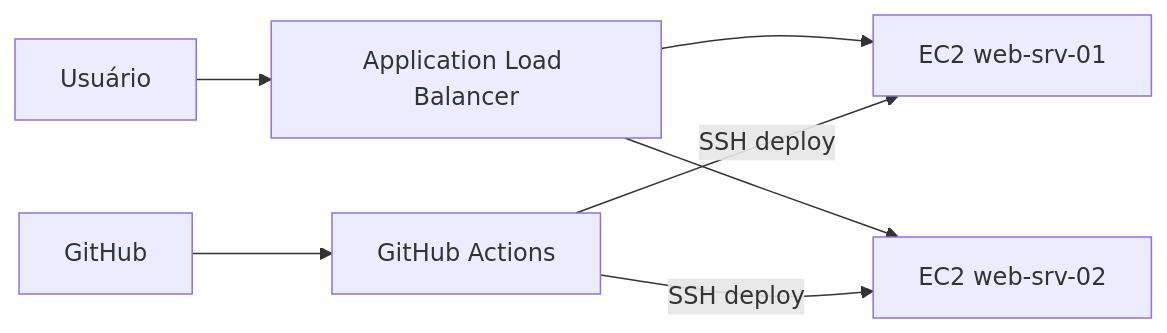
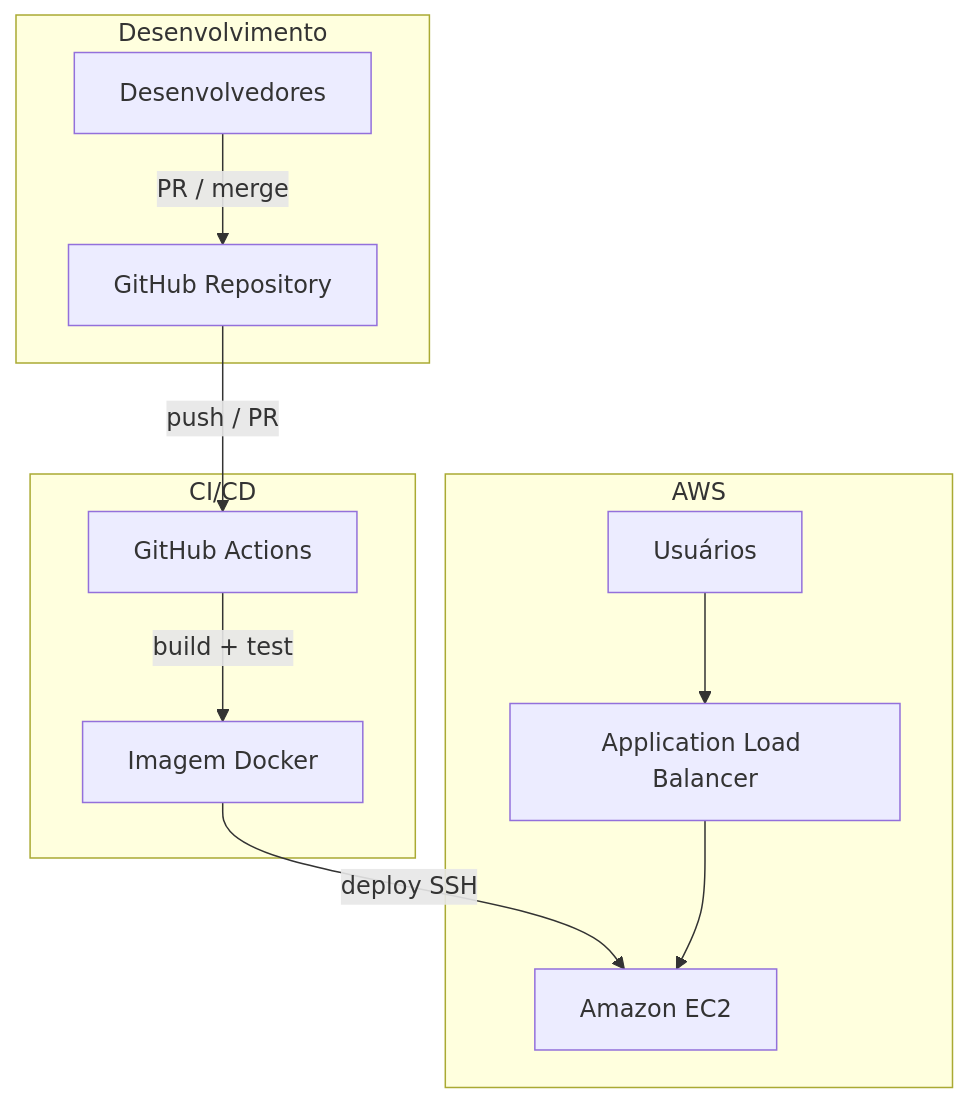
One commit to PedroVazN/Pipeline-E-commerce changed the diagram in README.md. Above: the diagram before and after it, drawn with Mermaid. The commit also changed other lines of this file and 1 other file, not shown here.

````diff
--- a/README.md
+++ b/README.md
@@ -29,9 +37,22 @@
 ```mermaid
-flowchart LR
-  User[Usuário] --> ALB[Application Load Balancer]
-  ALB --> EC2A[EC2 web-srv-01]
-  ALB --> EC2B[EC2 web-srv-02]
-  GH[GitHub] --> GA[GitHub Actions]
-  GA -->|SSH deploy| EC2A
-  GA -->|SSH deploy| EC2B
+flowchart TB
+  subgraph dev [Desenvolvimento]
+    Dev[Desenvolvedores]
+    GH[GitHub Repository]
+    Dev -->|PR / merge| GH
+  end
+
+  subgraph cicd [CI/CD]
+    GA[GitHub Actions]
+    GH -->|push / PR| GA
+    GA -->|build + test| IMG[Imagem Docker]
+  end
+
+  subgraph aws [AWS]
+    EC2[Amazon EC2]
+    ALB[Application Load Balancer]
+    IMG -->|deploy SSH| EC2
+    Users[Usuários] --> ALB
+    ALB --> EC2
+  end
 ```
````
